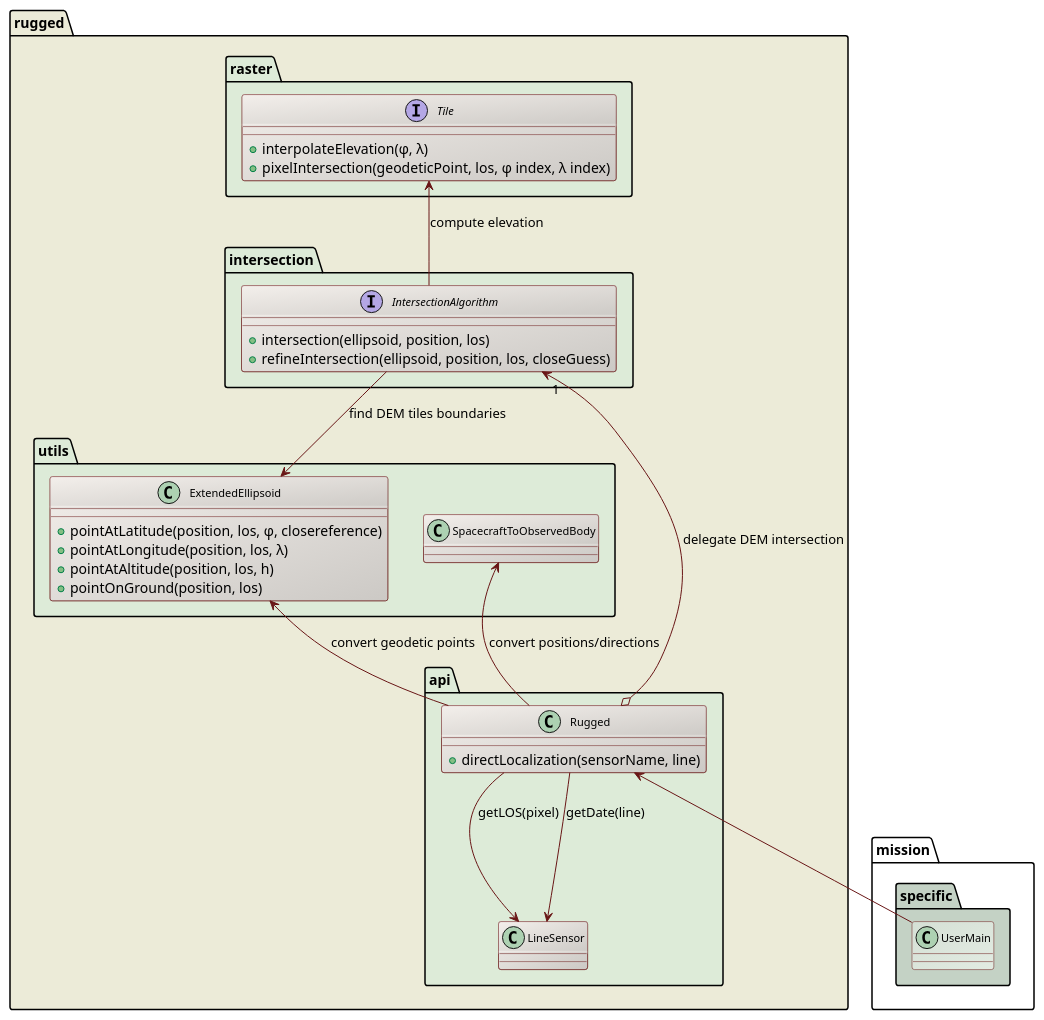
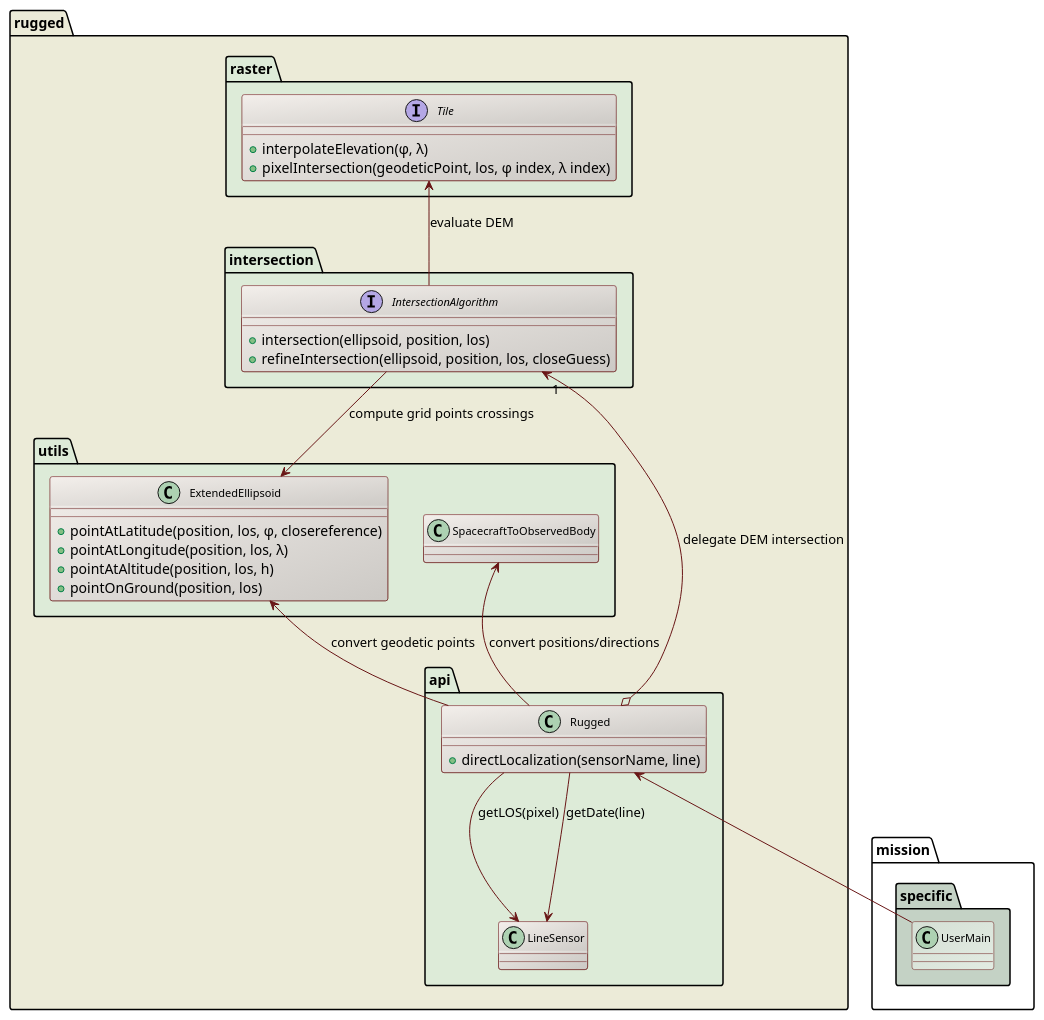
The diagram in design/direct-localization-class-diagram.puml (CS-SI/Rugged), drawn with PlantUML before and after one commit. The commit also changed 1 other file, not shown here.

Commit message:
Finalized direct localization diagrams.

```diff
--- a/design/direct-localization-class-diagram.puml
+++ b/design/direct-localization-class-diagram.puml
@@ -17,60 +17,60 @@
 @startuml
 
   skinparam svek                  true
   skinparam ClassBackgroundColor  #F3EFEB/CCC9C5
   skinparam ClassArrowColor       #691616
   skinparam ClassBorderColor      #691616
   skinparam NoteBackgroundColor   #F3EFEB
   skinparam NoteBorderColor       #691616
   skinparam NoteFontColor         #691616
   skinparam ClassFontSize         11
 
   package rugged #ECEBD8 {
 
     package raster #DDEBD8 {
       interface Tile {
         +interpolateElevation(φ, λ)
         +pixelIntersection(geodeticPoint, los, φ index, λ index)
       }
     }
 
     package intersection #DDEBD8 {
       interface IntersectionAlgorithm {
         +intersection(ellipsoid, position, los)
         +refineIntersection(ellipsoid, position, los, closeGuess)
       }
-      Tile <-- IntersectionAlgorithm : compute elevation
+      Tile <-- IntersectionAlgorithm : evaluate DEM
     }
 
     package utils #DDEBD8 {
 
       class ExtendedEllipsoid {
         +pointAtLatitude(position, los, φ, closereference)
         +pointAtLongitude(position, los, λ)
         +pointAtAltitude(position, los, h)
         +pointOnGround(position, los)
       }
       class SpacecraftToObservedBody
-      IntersectionAlgorithm --> ExtendedEllipsoid : find DEM tiles boundaries
+      IntersectionAlgorithm --> ExtendedEllipsoid : compute grid points crossings
     }
 
     package api #DDEBD8 {
       class Rugged {
         +directLocalization(sensorName, line)
       }
       class LineSensor
       IntersectionAlgorithm "1" <--o Rugged : delegate DEM intersection
       ExtendedEllipsoid <-- Rugged : convert geodetic points
       Rugged --> LineSensor : getLOS(pixel)
       Rugged --> LineSensor : getDate(line)
       SpacecraftToObservedBody <-- Rugged : convert positions/directions
     }
 
   }
 
   package mission.specific #C4D2C5 {
     class UserMain #D5E0D5/E2EBE2
     Rugged              <-- UserMain
   }
 
 @enduml
```
